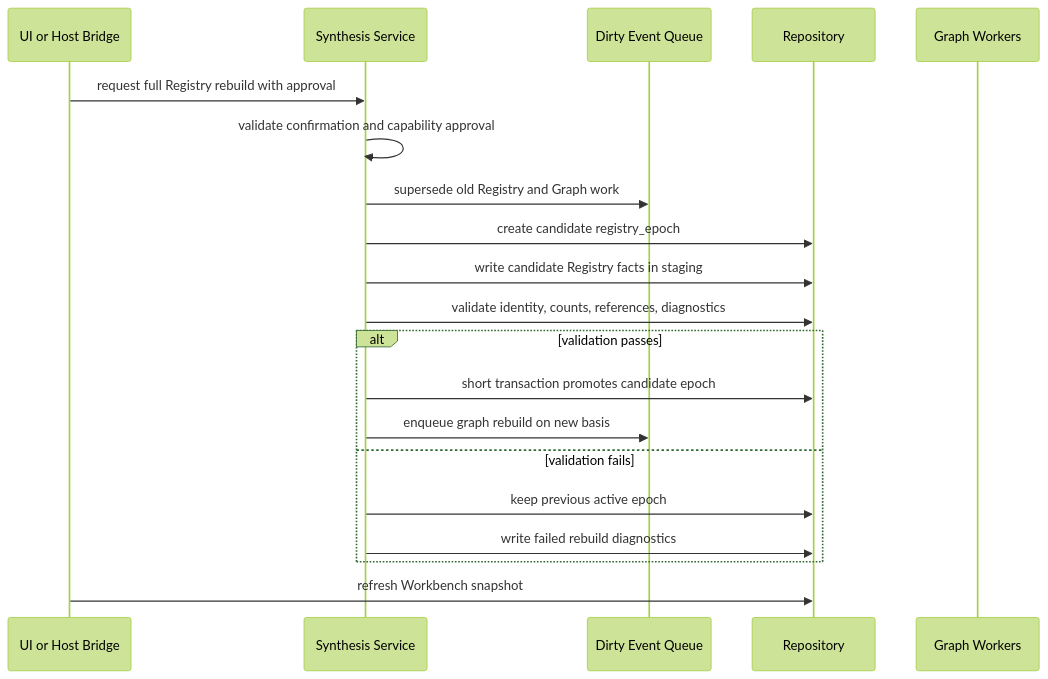
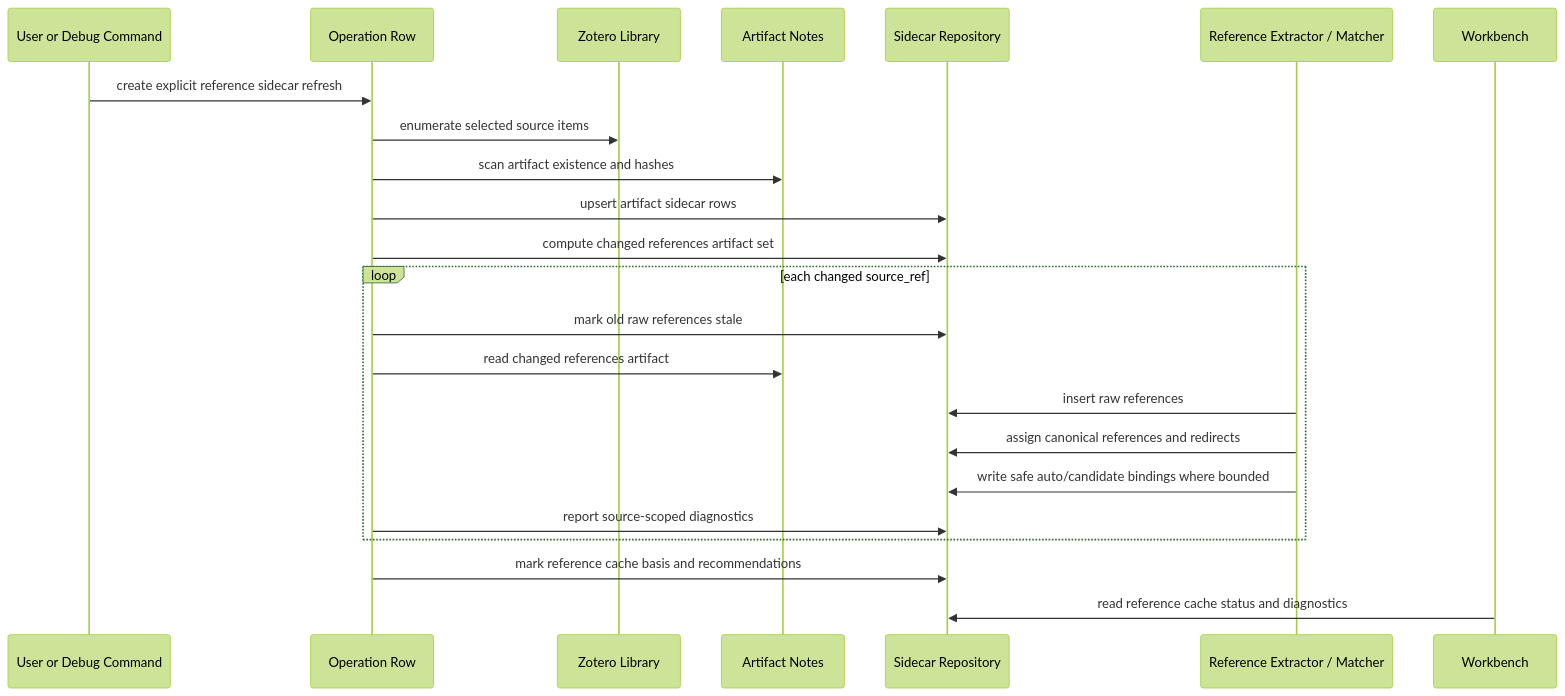
Before and after one commit to leike0813/zotero-agents: the second of 8 diagrams in doc/synthesis-layer/sequences.md, drawn with Mermaid (forest theme). The commit also changed other lines of this file and 267 other files, not shown here.

````diff
--- a/doc/synthesis-layer/sequences.md
+++ b/doc/synthesis-layer/sequences.md
@@ -74,23 +46,26 @@
 ```mermaid
 sequenceDiagram
-  participant UI as UI or Host Bridge
-  participant S as Synthesis Service
-  participant Q as Dirty Event Queue
-  participant R as Repository
-  participant G as Graph Workers
+  participant U as User or Debug Command
+  participant O as Operation Row
+  participant Z as Zotero Library
+  participant A as Artifact Notes
+  participant S as Sidecar Repository
+  participant R as Reference Extractor / Matcher
+  participant UI as Workbench
 
-  UI->>S: request full Registry rebuild with approval
-  S->>S: validate confirmation and capability approval
-  S->>Q: supersede old Registry and Graph work
-  S->>R: create candidate registry_epoch
-  S->>R: write candidate Registry facts in staging
-  S->>R: validate identity, counts, references, diagnostics
-  alt validation passes
-    S->>R: short transaction promotes candidate epoch
-    S->>Q: enqueue graph rebuild on new basis
-  else validation fails
-    S->>R: keep previous active epoch
-    S->>R: write failed rebuild diagnostics
+  U->>O: create explicit reference sidecar refresh
+  O->>Z: enumerate selected source items
+  O->>A: scan artifact existence and hashes
+  O->>S: upsert artifact sidecar rows
+  O->>S: compute changed references artifact set
+  loop each changed source_ref
+    O->>S: mark old raw references stale
+    O->>A: read changed references artifact
+    R->>S: insert raw references
+    R->>S: assign canonical references and redirects
+    R->>S: write safe auto/candidate bindings where bounded
+    O->>S: report source-scoped diagnostics
   end
-  UI->>R: refresh Workbench snapshot
+  O->>S: mark reference cache basis and recommendations
+  UI->>S: read reference cache status and diagnostics
 ```
````
